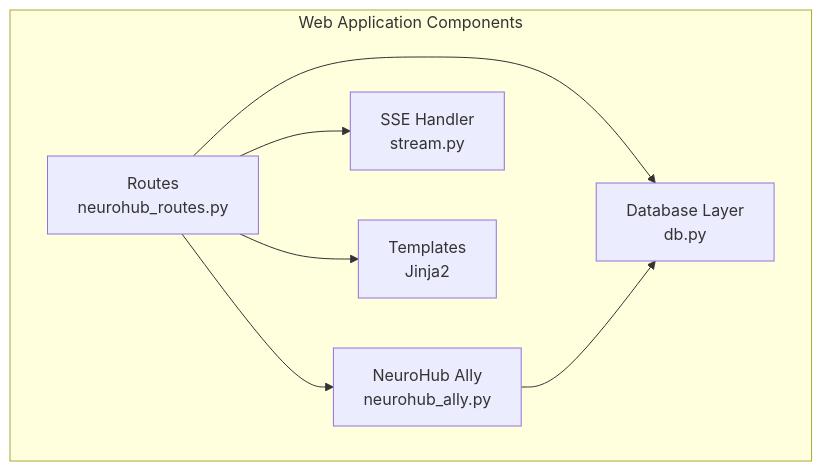
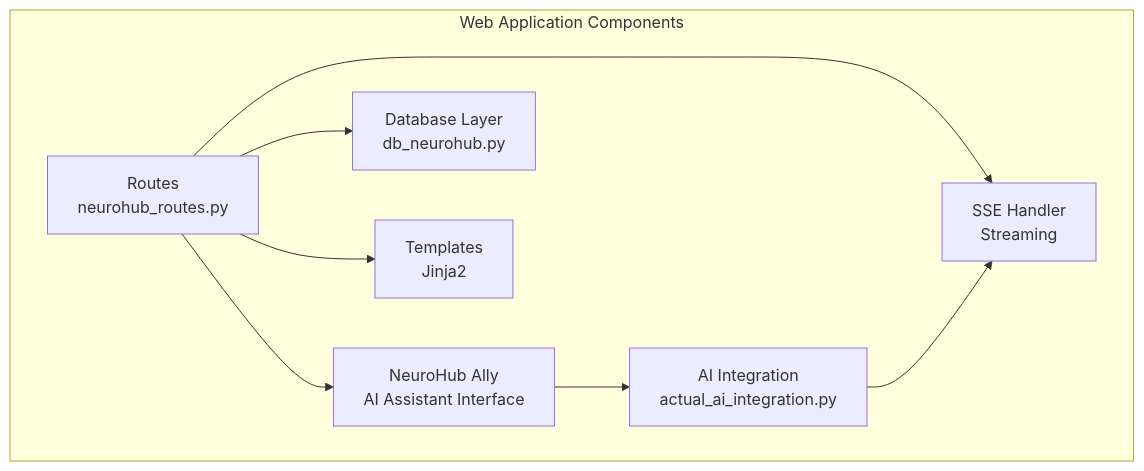
The third of 4 diagrams in C4_ARCHITECTURE.md (GDG-PVD/neurohub-workshop), drawn with Mermaid before and after one commit. The commit also changed other lines of this file and 7 other files, not shown here.

First line of the commit message:
docs: Complete NeuroHub Ally integration with best practices

````diff
--- a/C4_ARCHITECTURE.md
+++ b/C4_ARCHITECTURE.md
@@ -75,16 +75,18 @@
 ```mermaid
 graph TB
     subgraph "Web Application Components"
         R[Routes<br/>neurohub_routes.py]
-        NA[NeuroHub Ally<br/>neurohub_ally.py]
-        DB[Database Layer<br/>db.py]
-        S[SSE Handler<br/>stream.py]
+        NA[NeuroHub Ally<br/>AI Assistant Interface]
+        AI[AI Integration<br/>actual_ai_integration.py]
+        DB[Database Layer<br/>db_neurohub.py]
+        S[SSE Handler<br/>Streaming]
         T[Templates<br/>Jinja2]
     end
     
     R --> NA
     R --> DB
     R --> S
     R --> T
-    NA --> DB
+    NA --> AI
+    AI --> S
 ```
````
